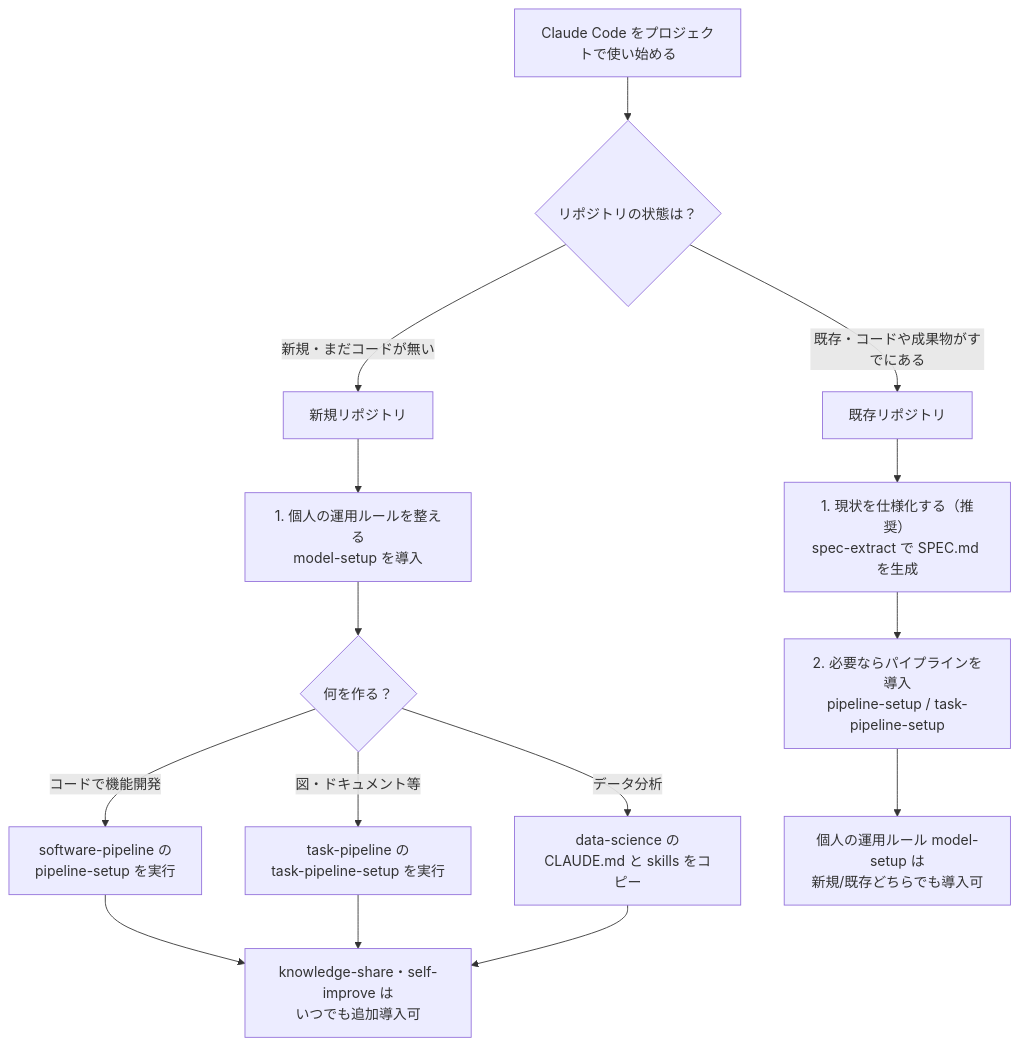
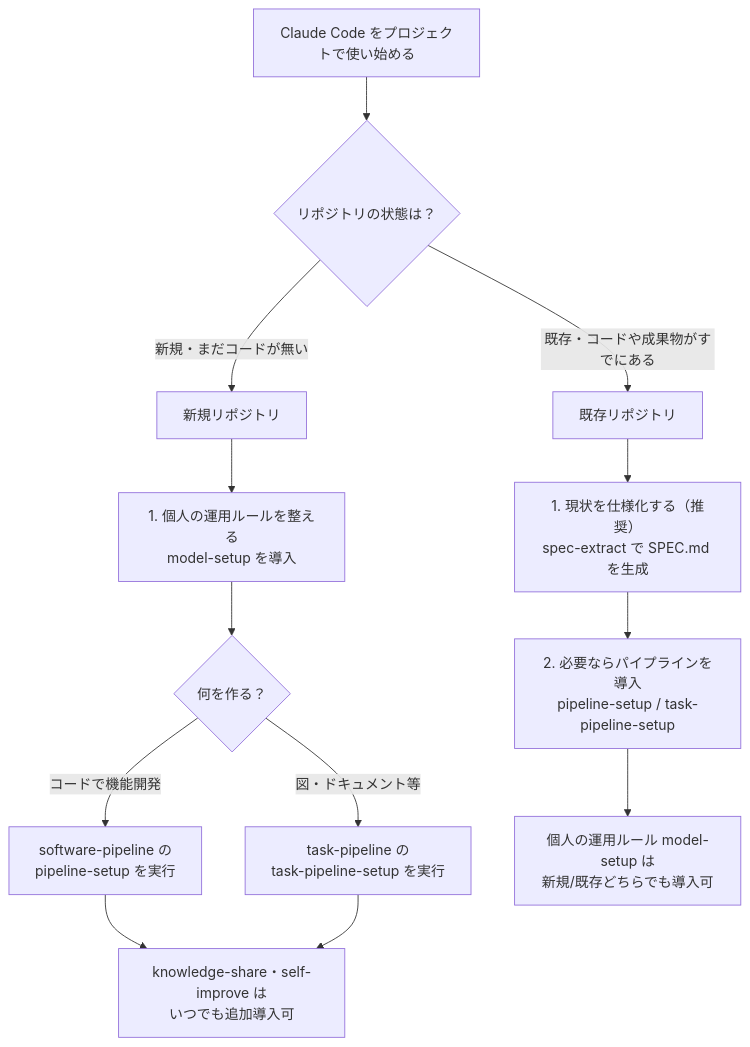
The first of 2 diagrams in README.md (mrkxlia/claude-code-workbench-ja), drawn with Mermaid before and after one commit. The commit also changed other lines of this file and 55 other files, not shown here.

First line of the commit message:
OSS差別化レビュー: ai-peer・data-science・global-claude-md-sample を削除

````diff
--- a/README.md
+++ b/README.md
@@ -9,19 +9,17 @@
 ```mermaid
 flowchart TD
     Start["Claude Code をプロジェクトで使い始める"] --> Q{"リポジトリの状態は？"}
     Q -->|"新規・まだコードが無い"| New["新規リポジトリ"]
     Q -->|"既存・コードや成果物がすでにある"| Existing["既存リポジトリ"]
 
     New --> N1["1. 個人の運用ルールを整える<br/>model-setup を導入"]
     N1 --> N2{"何を作る？"}
     N2 -->|"コードで機能開発"| N3["software-pipeline の<br/>pipeline-setup を実行"]
     N2 -->|"図・ドキュメント等"| N4["task-pipeline の<br/>task-pipeline-setup を実行"]
-    N2 -->|"データ分析"| N5["data-science の<br/>CLAUDE.md と skills をコピー"]
     N3 --> N6["knowledge-share・self-improve は<br/>いつでも追加導入可"]
     N4 --> N6
-    N5 --> N6
 
     Existing --> E1["1. 現状を仕様化する（推奨）<br/>spec-extract で SPEC.md を生成"]
     E1 --> E2["2. 必要ならパイプラインを導入<br/>pipeline-setup / task-pipeline-setup"]
     E2 --> E3["個人の運用ルール model-setup は<br/>新規/既存どちらでも導入可"]
 ```
````
